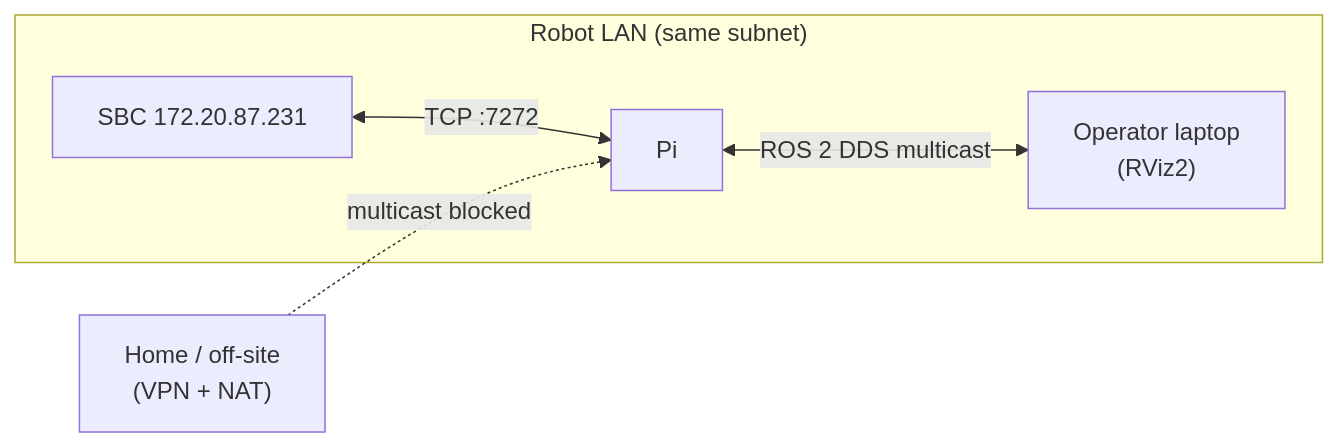
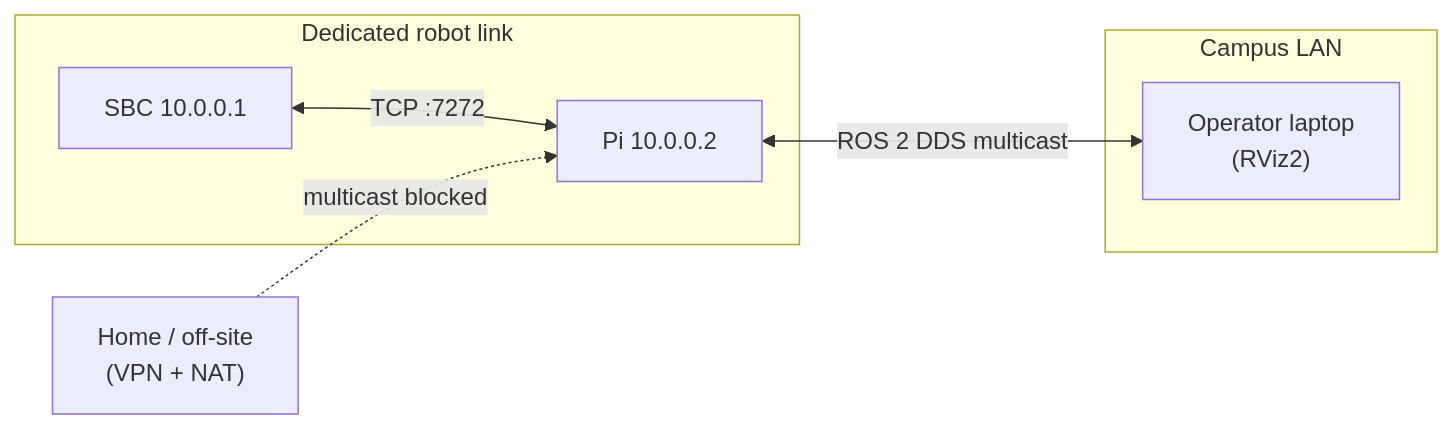
Before and after one commit to cmu-impactlab/patrolbot: the diagram in docs/deployment/network-setup.md, drawn with Mermaid. The commit also changed other lines of this file and 103 other files, not shown here.

````diff
--- a/docs/deployment/network-setup.md
+++ b/docs/deployment/network-setup.md
@@ -15,11 +15,13 @@
 ```mermaid
 flowchart LR
-    subgraph LAN["Robot LAN (same subnet)"]
-        SBC["SBC 172.20.87.231"]
-        PI["Pi"]
+    subgraph WIRED["Dedicated robot link"]
+        SBC["SBC 10.0.0.1"]
+        PI["Pi 10.0.0.2"]
+        SBC <-->|"TCP :7272"| PI
+    end
+    subgraph LAN["Campus LAN"]
         OP["Operator laptop\n(RViz2)"]
-        SBC <-->|"TCP :7272"| PI
         PI <-->|"ROS 2 DDS multicast"| OP
     end
     HOME["Home / off-site\n(VPN + NAT)"] -. "multicast blocked" .-> PI
 ```
````
